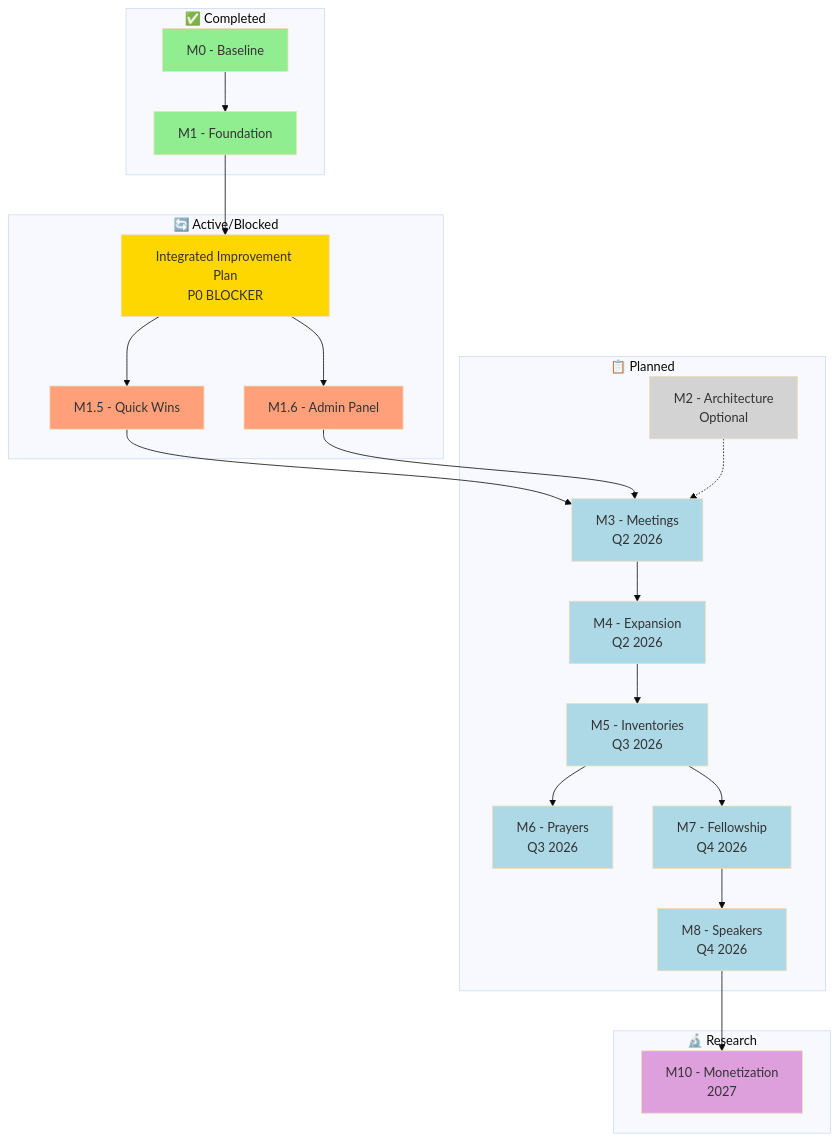
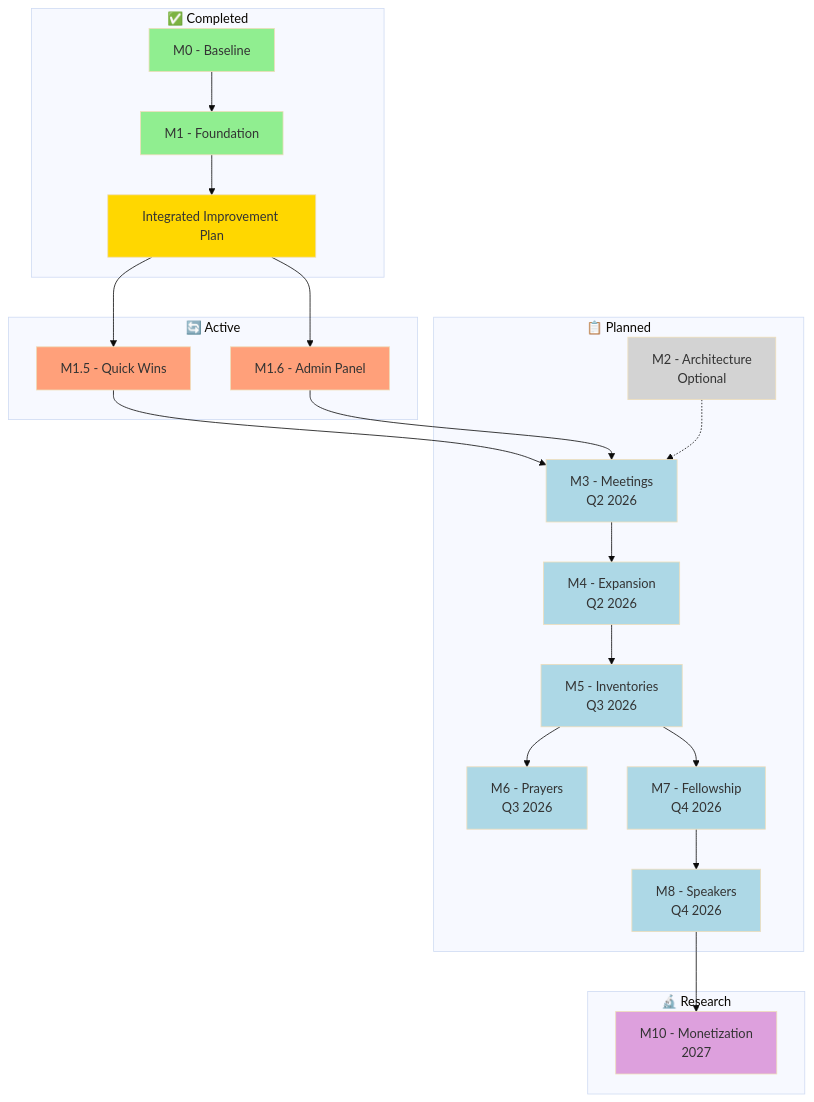
The diagram in ROADMAP.md (jasonmichaelbell78-creator/sonash-v0), drawn with Mermaid (base theme) before and after one commit. The commit also changed other lines of this file and 2 other files, not shown here.

First line of the commit message:
feat: 🎉 INTEGRATED IMPROVEMENT PLAN 100% COMPLETE (Step 7)

````diff
--- a/ROADMAP.md
+++ b/ROADMAP.md
@@ -83,55 +83,55 @@
 ```mermaid
 flowchart TD
     subgraph Completed["✅ Completed"]
         M0[M0 - Baseline]
         M1[M1 - Foundation]
+        DOC[Integrated Improvement Plan]
     end
 
-    subgraph Active["🔄 Active/Blocked"]
-        DOC[Integrated Improvement Plan\nP0 BLOCKER]
+    subgraph Active["🔄 Active"]
         M15[M1.5 - Quick Wins]
         M16[M1.6 - Admin Panel]
     end
 
     subgraph Future["📋 Planned"]
         M2[M2 - Architecture\nOptional]
         M3[M3 - Meetings\nQ2 2026]
         M4[M4 - Expansion\nQ2 2026]
         M5[M5 - Inventories\nQ3 2026]
         M6[M6 - Prayers\nQ3 2026]
         M7[M7 - Fellowship\nQ4 2026]
         M8[M8 - Speakers\nQ4 2026]
     end
 
     subgraph Research["🔬 Research"]
         M10[M10 - Monetization\n2027]
     end
 
     M0 --> M1
     M1 --> DOC
     DOC --> M15
     DOC --> M16
     M15 --> M3
     M16 --> M3
     M2 -.-> M3
     M3 --> M4
     M4 --> M5
     M5 --> M6
     M5 --> M7
     M7 --> M8
     M8 --> M10
 
     style M0 fill:#90EE90
     style M1 fill:#90EE90
     style DOC fill:#FFD700
     style M15 fill:#FFA07A
     style M16 fill:#FFA07A
     style M2 fill:#D3D3D3
     style M3 fill:#ADD8E6
     style M4 fill:#ADD8E6
     style M5 fill:#ADD8E6
     style M6 fill:#ADD8E6
     style M7 fill:#ADD8E6
     style M8 fill:#ADD8E6
     style M10 fill:#DDA0DD
 ```
````
